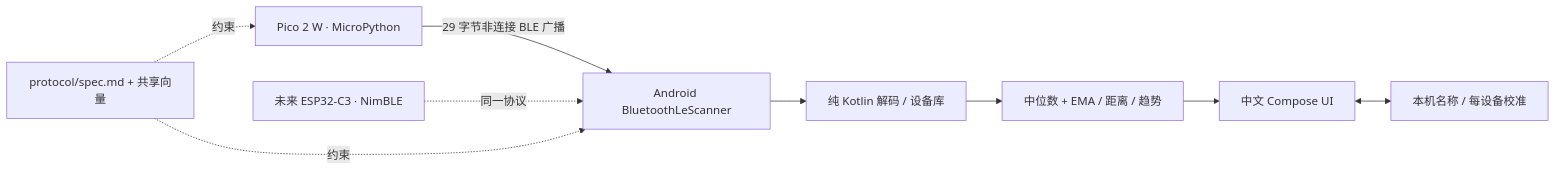
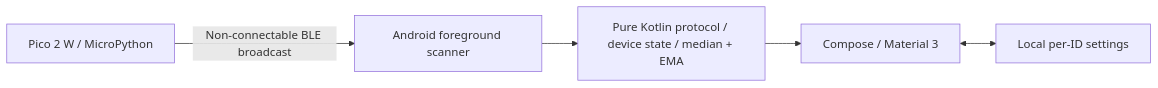
The diagram in README.md (JasonL111/PicoFinder), drawn with Mermaid before and after one commit. The commit also changed other lines of this file and 47 other files, not shown here.

````diff
--- a/README.md
+++ b/README.md
@@ -12,11 +55,7 @@
 ```mermaid
 flowchart LR
-    Pico["Pico 2 W · MicroPython"] -->|"29 字节非连接 BLE 广播"| Scan["Android BluetoothLeScanner"]
-    ESP["未来 ESP32-C3 · NimBLE"] -.同一协议.-> Scan
-    Spec["protocol/spec.md + 共享向量"] -.约束.-> Pico
-    Spec -.约束.-> Scan
-    Scan --> Decoder["纯 Kotlin 解码 / 设备库"]
-    Decoder --> Estimate["中位数 + EMA / 距离 / 趋势"]
-    Estimate --> UI["中文 Compose UI"]
-    UI <--> Local["本机名称 / 每设备校准"]
+  Pico["Pico 2 W / MicroPython"] -->|"Non-connectable BLE broadcast"| Scanner["Android foreground scanner"]
+  Scanner --> Core["Pure Kotlin protocol / device state / median + EMA"]
+  Core --> UI["Compose / Material 3"]
+  UI <--> Settings["Local per-ID settings"]
 ```
````
